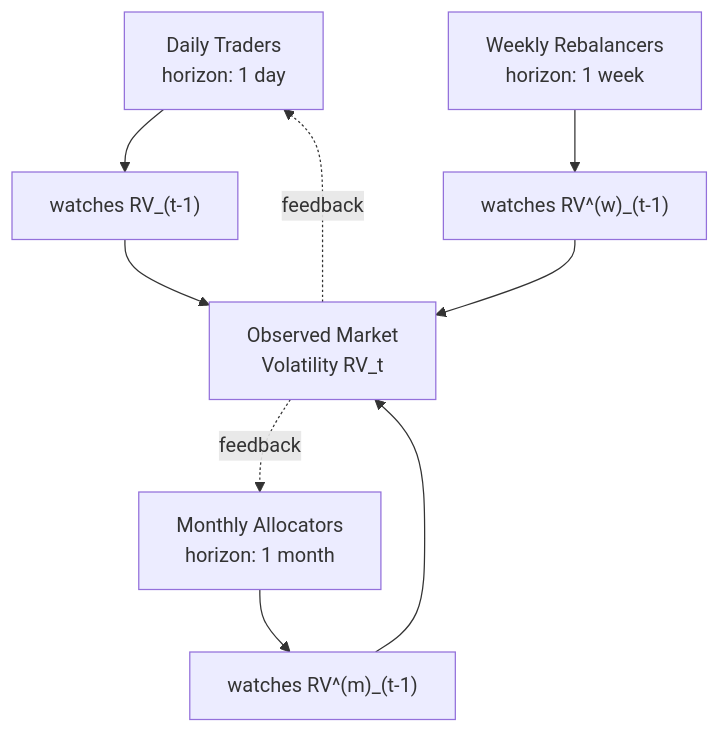
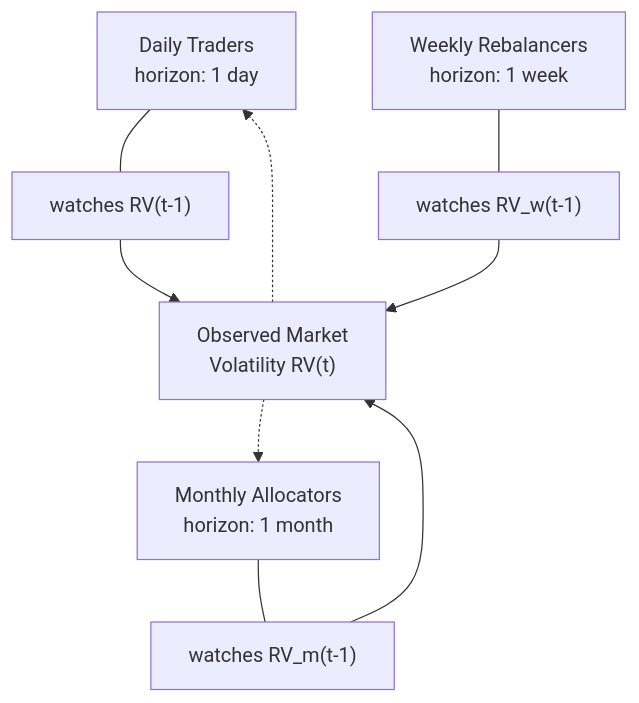
Before and after one commit to xRyann2255/ML-GS: the first of 3 diagrams in vol-learning-guide/markdown/ch06-har-model.md, drawn with Mermaid. The commit also changed other lines of this file and 19 other files, not shown here.

````diff
--- a/vol-learning-guide/markdown/ch06-har-model.md
+++ b/vol-learning-guide/markdown/ch06-har-model.md
@@ -48,23 +46,19 @@
 ```mermaid
 flowchart TD
-    DT["Daily Traders\nhorizon: 1 day"]
-    WR["Weekly Rebalancers\nhorizon: 1 week"]
-    MA["Monthly Allocators\nhorizon: 1 month"]
+    daily["Daily Traders<br/>horizon: 1 day"]
+    weekly["Weekly Rebalancers<br/>horizon: 1 week"]
+    monthly["Monthly Allocators<br/>horizon: 1 month"]
+    d_rv["watches RV(t-1)"]
+    w_rv["watches RV_w(t-1)"]
+    m_rv["watches RV_m(t-1)"]
+    market["Observed Market<br/>Volatility RV(t)"]
 
-    DRV["watches RV_(t-1)"]
-    WRV["watches RV^(w)_(t-1)"]
-    MRV["watches RV^(m)_(t-1)"]
-
-    MKT["Observed Market\nVolatility RV_t"]
-
-    DT --> DRV
-    WR --> WRV
-    MA --> MRV
-
-    DRV --> MKT
-    WRV --> MKT
-    MRV --> MKT
-
-    MKT -.->|feedback| DT
-    MKT -.->|feedback| MA
+    daily --- d_rv
+    weekly --- w_rv
+    monthly --- m_rv
+    d_rv --> market
+    w_rv --> market
+    m_rv --> market
+    market -.-> daily
+    market -.-> monthly
 ```
````
